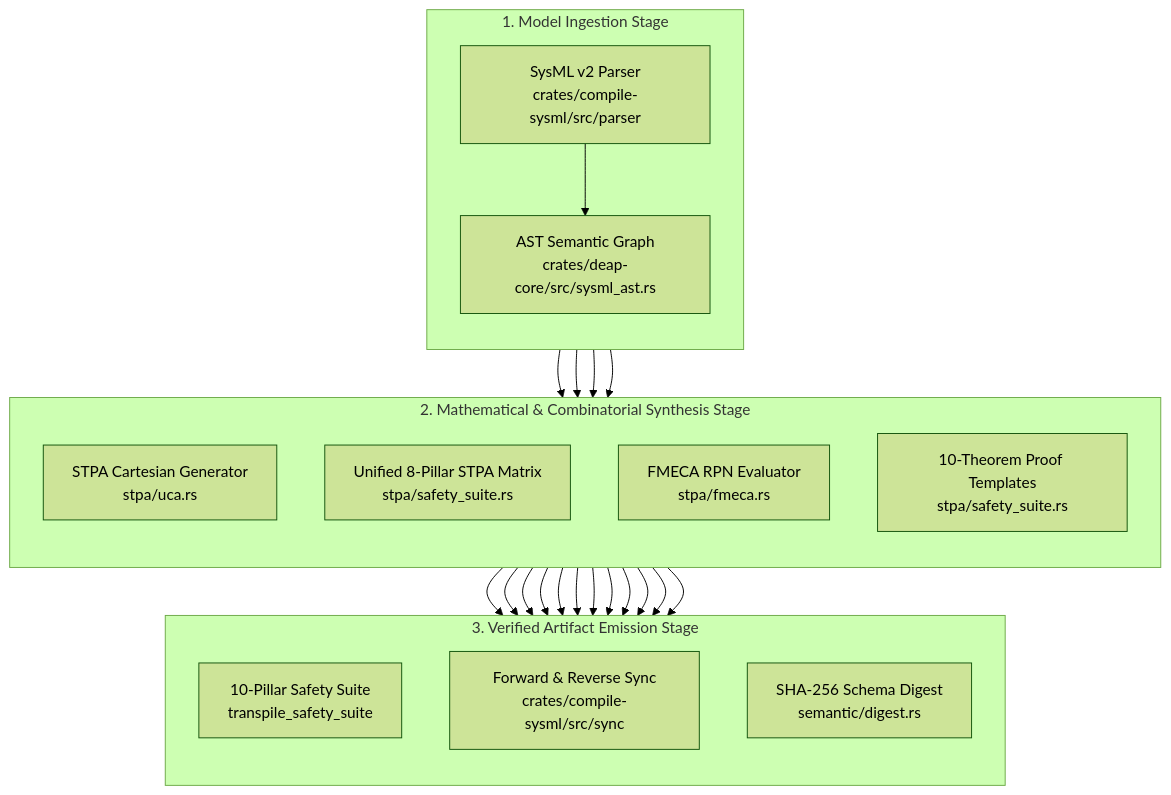
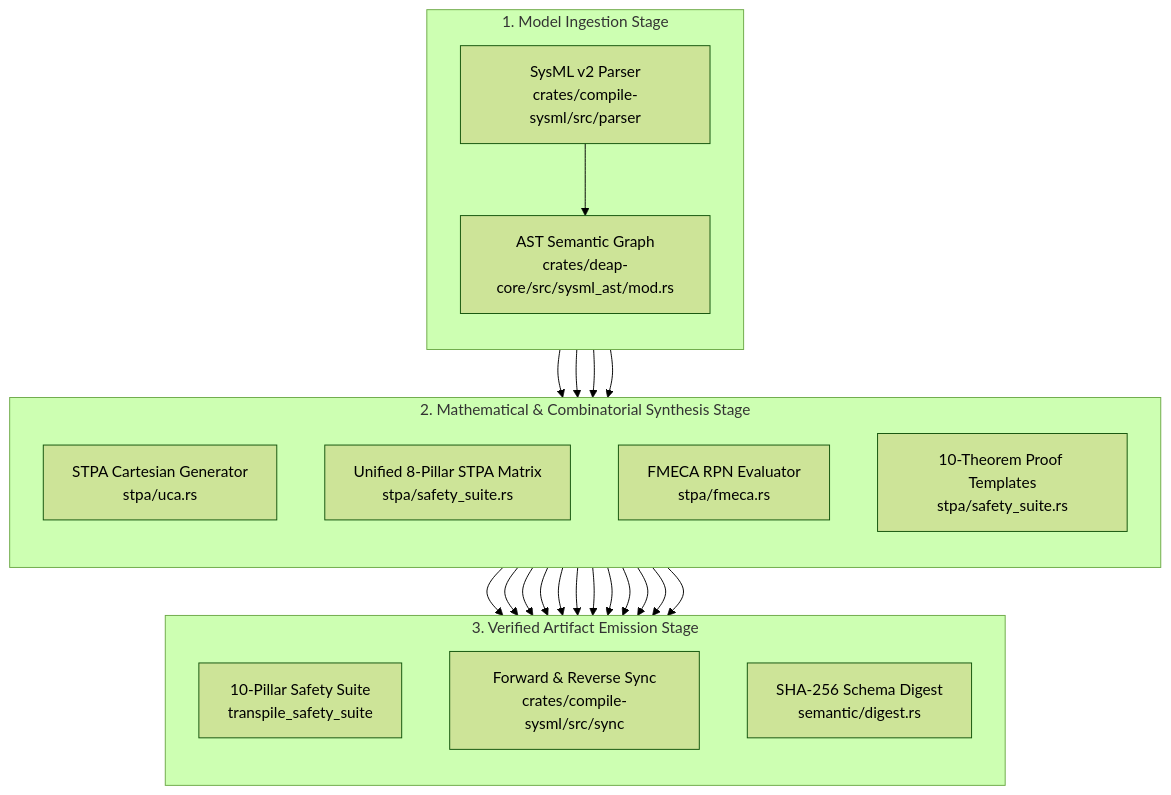
The tenth of 11 diagrams in docs/architecture/blueprints/DEAP_DETERMINISTIC_SAFETY_SPECIFICATION_COMPILER_BLUEPRINT.md (gintatkinson/DEAP01-spec-core), drawn with Mermaid (forest theme) before and after one commit. The commit also changed other lines of this file and 16 other files, not shown here.

Commit message:
refactor(deap-core): initialize sysml_ast module directory and extract identifiers

````diff
--- a/docs/architecture/blueprints/DEAP_DETERMINISTIC_SAFETY_SPECIFICATION_COMPILER_BLUEPRINT.md
+++ b/docs/architecture/blueprints/DEAP_DETERMINISTIC_SAFETY_SPECIFICATION_COMPILER_BLUEPRINT.md
@@ -1289,25 +1289,25 @@
 ```mermaid
 flowchart TD
     subgraph "1. Model Ingestion Stage"
         direction TB
-        A1["SysML v2 Parser<br/>crates/compile-sysml/src/parser"] --> A2["AST Semantic Graph<br/>crates/deap-core/src/sysml_ast.rs"]
+        A1["SysML v2 Parser<br/>crates/compile-sysml/src/parser"] --> A2["AST Semantic Graph<br/>crates/deap-core/src/sysml_ast/mod.rs"]
     end
 
     subgraph "2. Mathematical & Combinatorial Synthesis Stage"
         direction TB
         B1["STPA Cartesian Generator<br/>stpa/uca.rs"]
         B2["Unified 8-Pillar STPA Matrix<br/>stpa/safety_suite.rs"]
         B3["FMECA RPN Evaluator<br/>stpa/fmeca.rs"]
         B4["10-Theorem Proof Templates<br/>stpa/safety_suite.rs"]
     end
 
     subgraph "3. Verified Artifact Emission Stage"
         direction TB
         C1["10-Pillar Safety Suite<br/>transpile_safety_suite"]
         C2["Forward & Reverse Sync<br/>crates/compile-sysml/src/sync"]
         C3["SHA-256 Schema Digest<br/>semantic/digest.rs"]
     end
 
     A2 --> B1 & B2 & B3 & B4
     B1 & B2 & B3 & B4 --> C1 & C2 & C3
 ```
````
